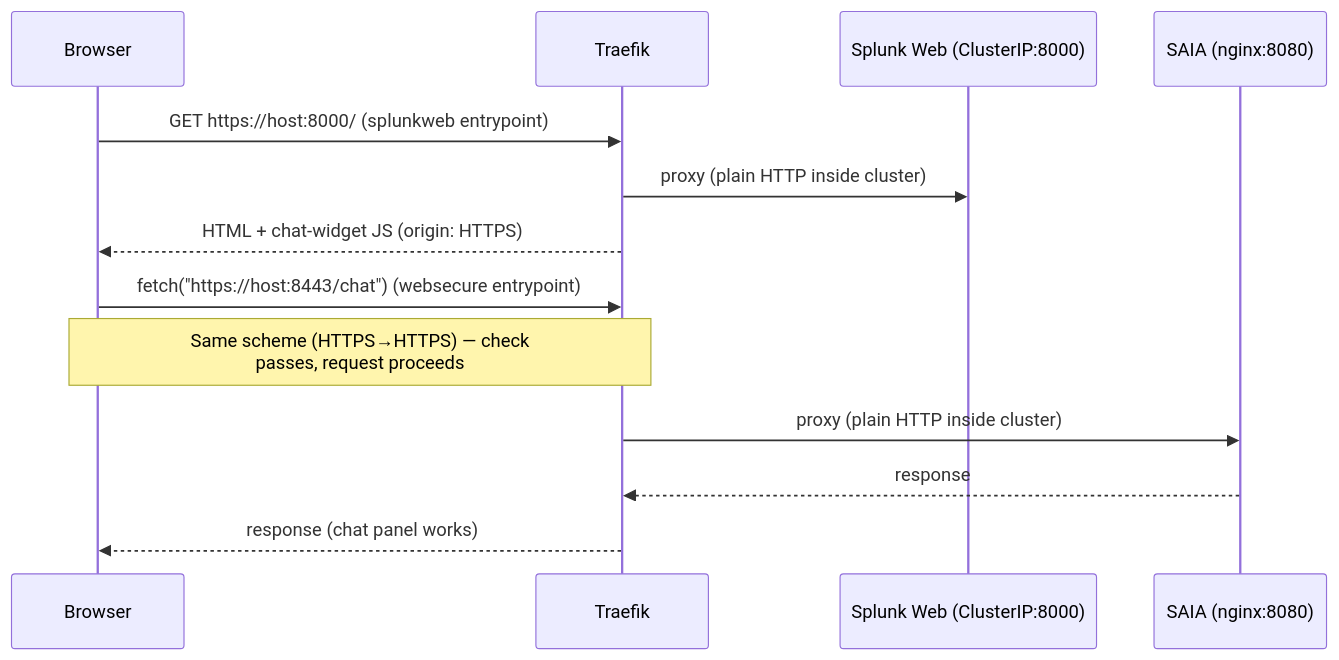
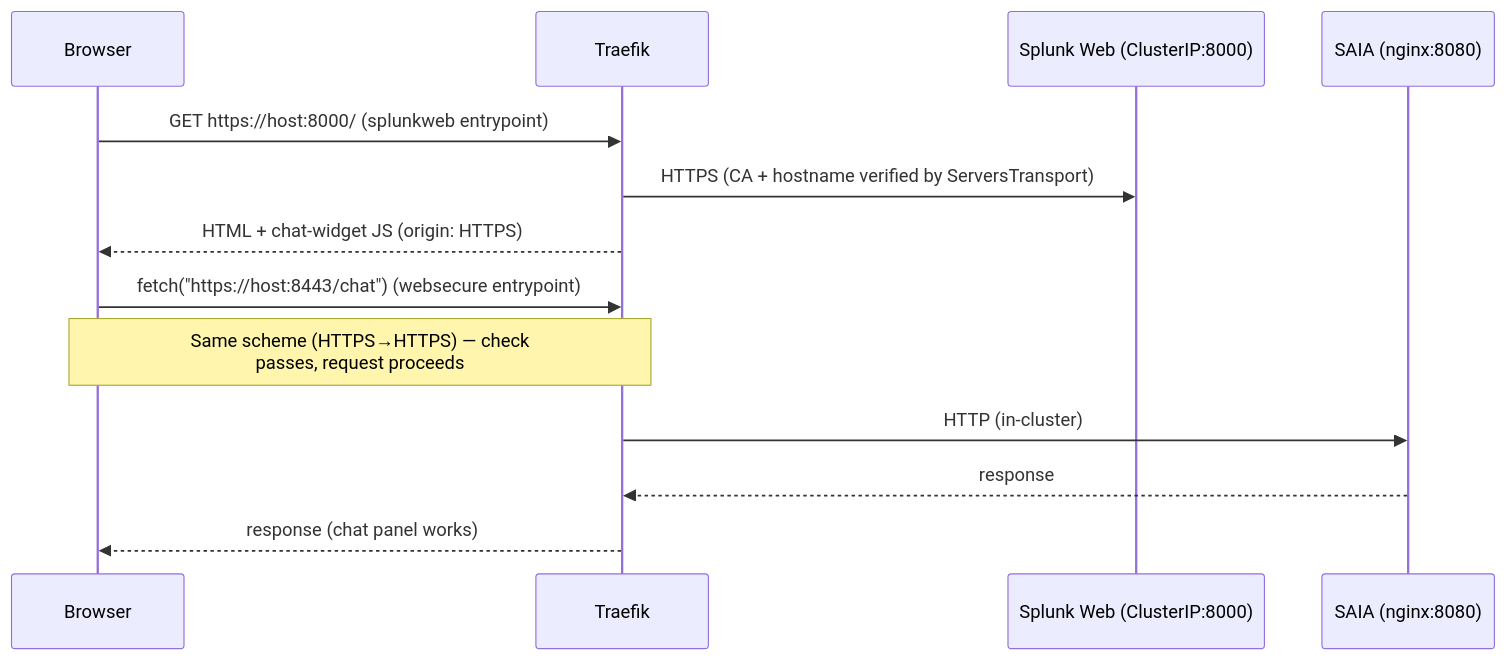
One commit to splunk/splunk-ai-operator changed the second of 6 diagrams in tools/cluster_setup/TRAEFIK_HTTPS_DESIGN.md. Above: the diagram before and after it, drawn with Mermaid. The commit also changed other lines of this file and 11 other files, not shown here.

Commit message:
fix(cluster_setup): harden Traefik TLS ingress

````diff
--- a/tools/cluster_setup/TRAEFIK_HTTPS_DESIGN.md
+++ b/tools/cluster_setup/TRAEFIK_HTTPS_DESIGN.md
@@ -101,16 +131,16 @@
 ```mermaid
 sequenceDiagram
     participant Browser
     participant Traefik
     participant SplunkWeb as Splunk Web (ClusterIP:8000)
     participant SAIA as SAIA (nginx:8080)
 
     Browser->>Traefik: GET https://host:8000/  (splunkweb entrypoint)
-    Traefik->>SplunkWeb: proxy (plain HTTP inside cluster)
+    Traefik->>SplunkWeb: HTTPS (CA + hostname verified by ServersTransport)
     Traefik-->>Browser: HTML + chat-widget JS  (origin: HTTPS)
     Browser->>Traefik: fetch("https://host:8443/chat")  (websecure entrypoint)
     Note over Browser,Traefik: Same scheme (HTTPS→HTTPS) — check<br/>passes, request proceeds
-    Traefik->>SAIA: proxy (plain HTTP inside cluster)
+    Traefik->>SAIA: HTTP (in-cluster)
     SAIA-->>Traefik: response
     Traefik-->>Browser: response (chat panel works)
 ```
````
